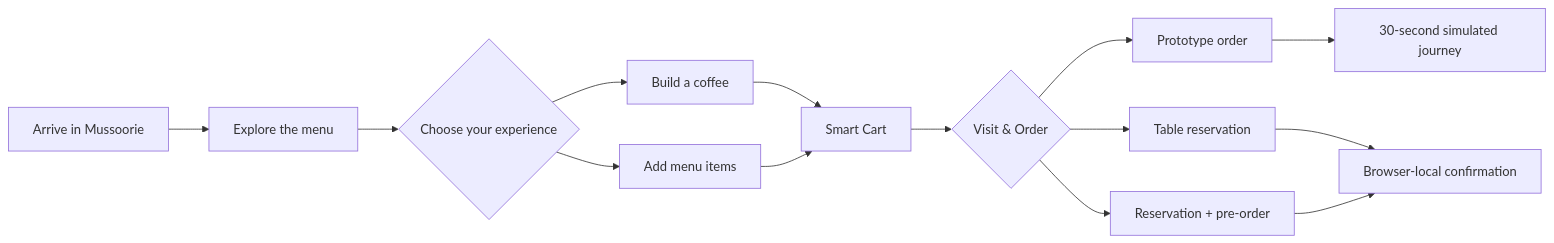
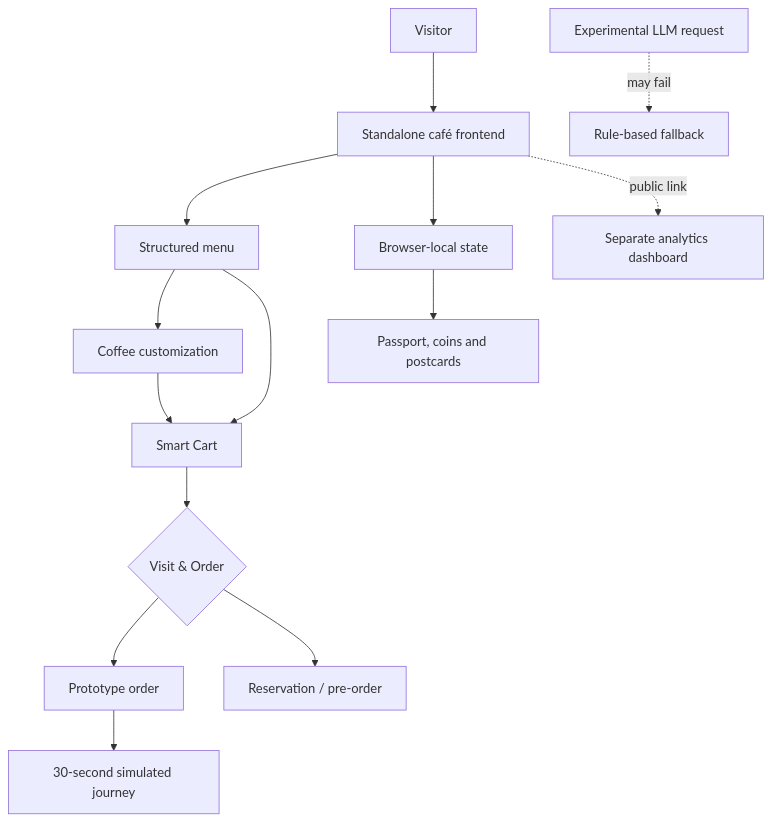
Before and after one commit to bhavesh1411-cyber/cafe: the diagram in README.md, drawn with Mermaid. The commit also changed other lines of this file, not shown here.

````diff
--- a/README.md
+++ b/README.md
@@ -56,16 +95,16 @@
 ```mermaid
-flowchart LR
-    A[Arrive in Mussoorie] --> B[Explore the menu]
-    B --> C{Choose your experience}
-    C --> D[Build a coffee]
-    C --> E[Add menu items]
-    D --> F[Smart Cart]
-    E --> F
+flowchart TD
+    A[Visitor] --> B[Standalone café frontend]
+    B --> C[Structured menu]
+    B --> D[Browser-local state]
+    C --> E[Coffee customization]
+    E --> F[Smart Cart]
+    C --> F
     F --> G{Visit & Order}
     G --> H[Prototype order]
-    G --> I[Table reservation]
-    G --> J[Reservation + pre-order]
-    H --> K[30-second simulated journey]
-    I --> L[Browser-local confirmation]
-    J --> L
+    G --> I[Reservation / pre-order]
+    H --> J[30-second simulated journey]
+    D --> K[Passport, coins and postcards]
+    B -. public link .-> L[Separate analytics dashboard]
+    M[Experimental LLM request] -. may fail .-> N[Rule-based fallback]
 ```
````
